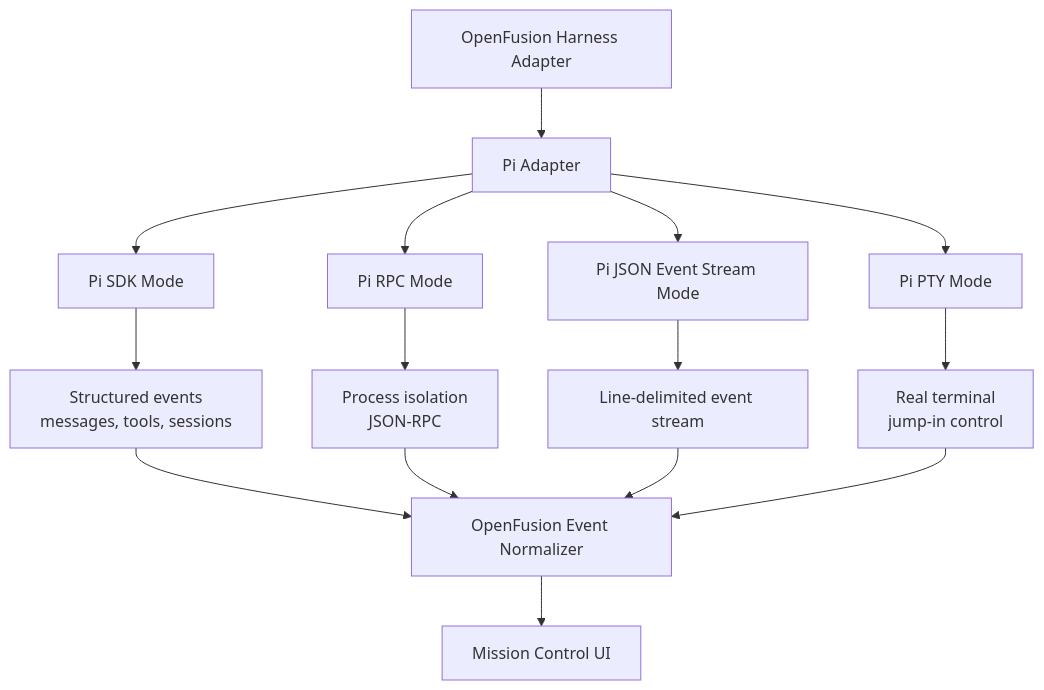
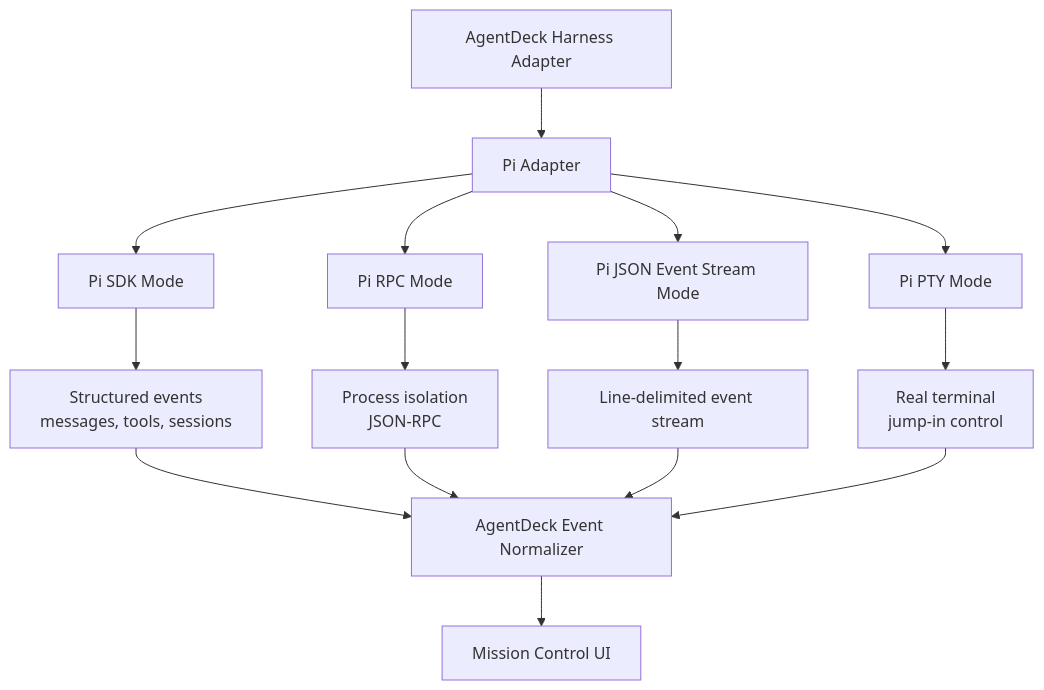
One commit to itsVijayCoder/agentDeck changed diagram 14 of 23 in Docs/PRODUCT_EXPLAINER_WITH_DIAGRAM.md. Above: the diagram before and after it, drawn with Mermaid. The commit also changed other lines of this file and 86 other files, not shown here.

First line of the commit message:
refactor: rename project from openfusion to AgentDeck

````diff
--- a/Docs/PRODUCT_EXPLAINER_WITH_DIAGRAM.md
+++ b/Docs/PRODUCT_EXPLAINER_WITH_DIAGRAM.md
@@ -763,21 +763,21 @@
 ```mermaid
 flowchart TB
-    OF[OpenFusion Harness Adapter] --> PIAD[Pi Adapter]
+    OF[AgentDeck Harness Adapter] --> PIAD[Pi Adapter]
 
     PIAD --> SDK[Pi SDK Mode]
     PIAD --> RPC[Pi RPC Mode]
     PIAD --> JSON[Pi JSON Event Stream Mode]
     PIAD --> PTY[Pi PTY Mode]
 
     SDK --> STRUCT[Structured events<br/>messages, tools, sessions]
     RPC --> ISO[Process isolation<br/>JSON-RPC]
     JSON --> EVENTS[Line-delimited event stream]
     PTY --> TERM[Real terminal<br/>jump-in control]
 
-    STRUCT --> NORM[OpenFusion Event Normalizer]
+    STRUCT --> NORM[AgentDeck Event Normalizer]
     ISO --> NORM
     EVENTS --> NORM
     TERM --> NORM
 
     NORM --> UI[Mission Control UI]
 ```
````
